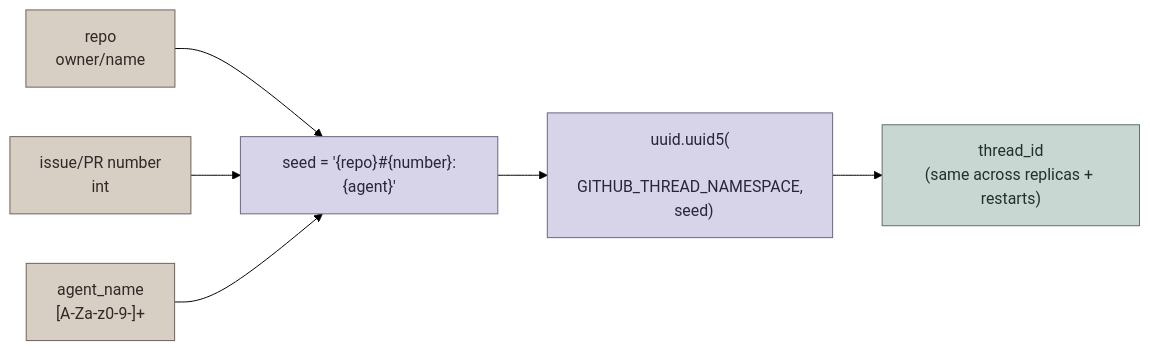
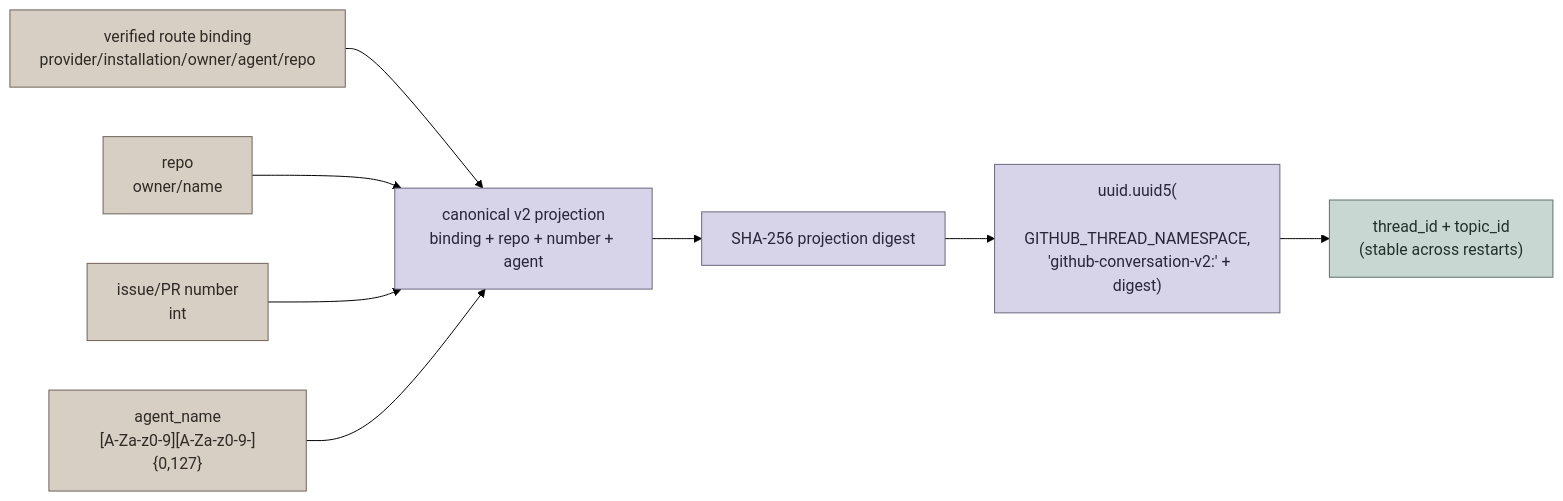
Before and after one commit to altakleos/hartmesh: the third of 8 diagrams in backend/docs/GITHUB_AGENTS.md, drawn with Mermaid (forest theme). The commit also changed other lines of this file and 51 other files, not shown here.

````diff
--- a/backend/docs/GITHUB_AGENTS.md
+++ b/backend/docs/GITHUB_AGENTS.md
@@ -133,18 +149,21 @@
 ```mermaid
 graph LR
     classDef input fill:#D8CFC4,stroke:#6E6259,color:#2F2A26
     classDef hash fill:#D7D3E8,stroke:#6B6680,color:#29263A
     classDef thread fill:#C9D7D2,stroke:#5D706A,color:#21302C
 
+    Binding["verified route binding<br/>provider/installation/owner/agent/repo"]:::input
     Repo["repo<br/>owner/name"]:::input
     Number["issue/PR number<br/>int"]:::input
-    Agent["agent_name<br/>[A-Za-z0-9-]+"]:::input
-    Seed["seed = '{repo}#{number}:{agent}'"]:::hash
-    UUID5["uuid.uuid5(<br/>  GITHUB_THREAD_NAMESPACE,<br/>  seed)"]:::hash
-    Thread["thread_id<br/>(same across replicas + restarts)"]:::thread
+    Agent["agent_name<br/>[A-Za-z0-9][A-Za-z0-9-]{0,127}"]:::input
+    Seed["canonical v2 projection<br/>binding + repo + number + agent"]:::hash
+    Digest["SHA-256 projection digest"]:::hash
+    UUID5["uuid.uuid5(<br/>  GITHUB_THREAD_NAMESPACE,<br/>  'github-conversation-v2:' + digest)"]:::hash
+    Thread["thread_id + topic_id<br/>(stable across restarts)"]:::thread
 
+    Binding --> Seed
     Repo --> Seed
     Number --> Seed
     Agent --> Seed
-    Seed --> UUID5 --> Thread
+    Seed --> Digest --> UUID5 --> Thread
 ```
````
